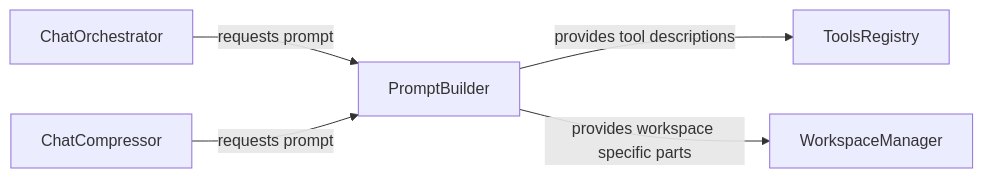
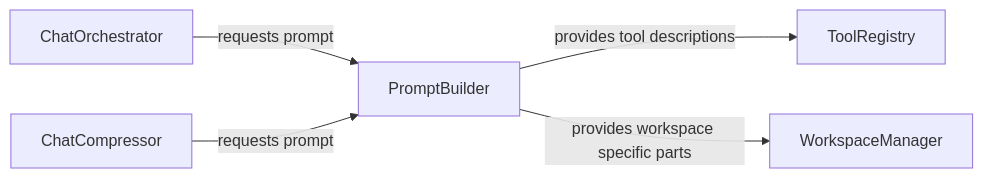
Before and after one commit to u-schmidt/u-schmidt.github.io: the third of 5 diagrams in _posts/2026-04-11-introducing-trunky.md, drawn with Mermaid. The commit also changed other lines of this file and 21 other files, not shown here.

````diff
--- a/_posts/2026-04-11-introducing-trunky.md
+++ b/_posts/2026-04-11-introducing-trunky.md
@@ -165,14 +169,14 @@
 ```mermaid
 graph LR
   CO[ChatOrchestrator]
   WM[WorkspaceManager]
   CC[ChatCompressor]
-  TR[ToolsRegistry]
+  TR[ToolRegistry]
   PB[PromptBuilder]
 
   CO --> | requests prompt | PB
 
   PB --> | provides tool descriptions | TR
   PB --> | provides workspace specific parts | WM
   CC --> | requests prompt | PB
 ```
````
